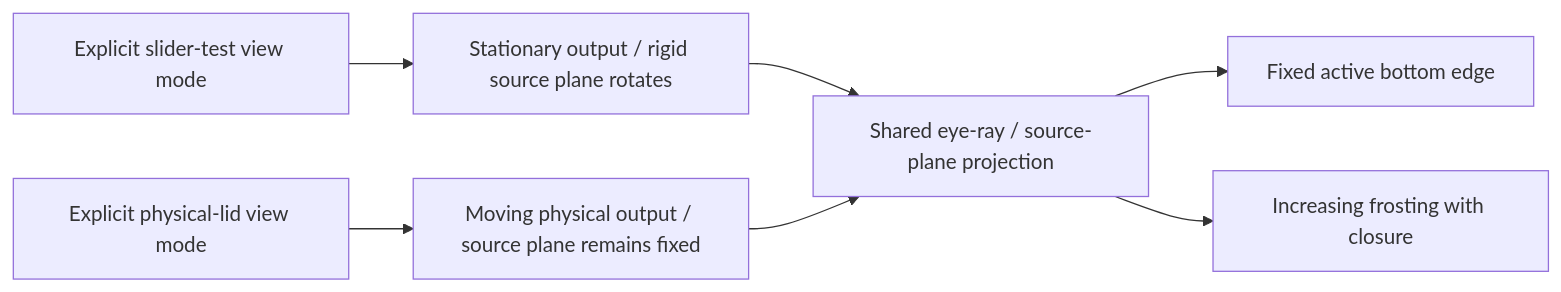
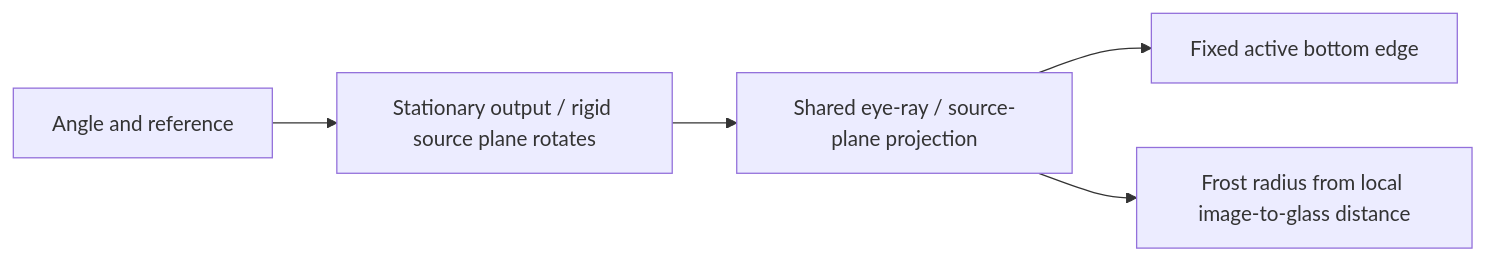
Before and after one commit to Comb1e/windows-turn: the second of 7 diagrams in renderer/docs/architecture.md, drawn with Mermaid. The commit also changed other lines of this file and 18 other files, not shown here.

Commit message:
Use one hinge rotation and distance-based frosting

````diff
--- a/renderer/docs/architecture.md
+++ b/renderer/docs/architecture.md
@@ -33,9 +35,7 @@
 ```mermaid
 flowchart LR
-  Slider[Explicit slider-test view mode] --> R[Stationary output / rigid source plane rotates]
-  Physical[Explicit physical-lid view mode] --> P[Moving physical output / source plane remains fixed]
+  Angle[Angle and reference] --> R[Stationary output / rigid source plane rotates]
   R --> Shared[Shared eye-ray / source-plane projection]
-  P --> Shared
   Shared --> Bottom[Fixed active bottom edge]
-  Shared --> Blur[Increasing frosting with closure]
+  Shared --> Blur[Frost radius from local image-to-glass distance]
 ```
````
